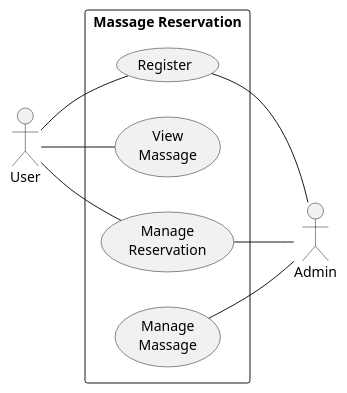
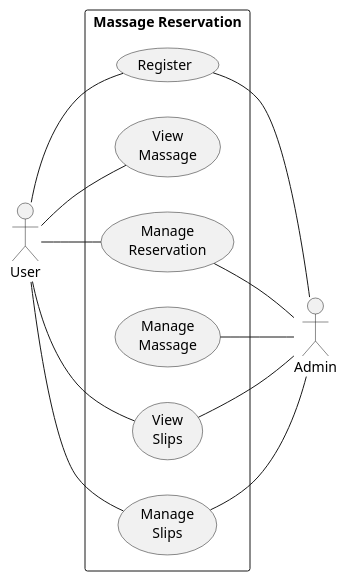
Before and after one commit to 2110503TACEDT66/presentation-day-1-get-a-good-rest-api: the diagram in UML/useCase.puml, drawn with PlantUML. The commit also changed 1 other file, not shown here.

Commit message:
fix UML for slip uploader

```diff
--- a/UML/useCase.puml
+++ b/UML/useCase.puml
@@ -1,20 +1,26 @@
 @startuml Massage Reservation Use Case Diagram
 left to right direction
 actor "User" as user
 rectangle "Massage Reservation" as MassageReservation {
     usecase "Register" as register
     usecase "View\nMassage" as viewMassage
     usecase "Manage\nReservation" as manageReservation
     usecase "Manage\nMassage" as manageMassage
+    usecase "View\nSlips" as viewSlips
+    usecase "Manage\nSlips" as manageSlips
 }
 
 user -- register
 user -- viewMassage
 user -- manageReservation
+user -- viewSlips
+user -- manageSlips
 
 actor "Admin" as admin
 register -- admin
 manageMassage -- admin
 manageReservation -- admin
+manageSlips -- admin
+viewSlips -- admin
 
 @enduml
```
